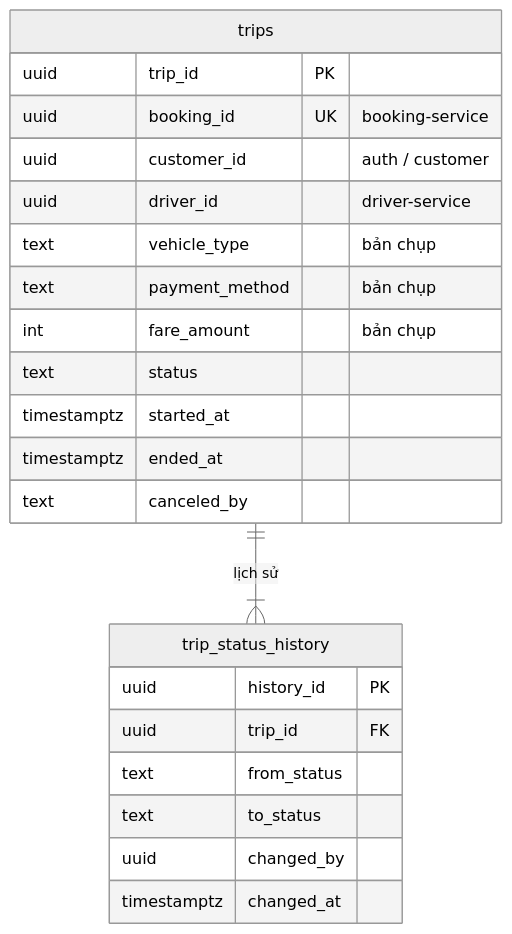
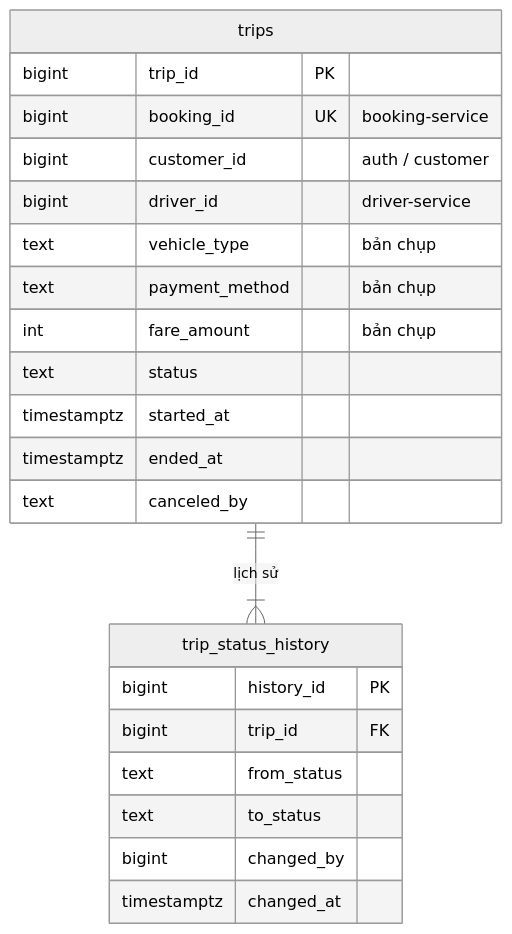
The fifth of 8 diagrams in docs/design/03-du-lieu.md (nghuuduc21/23699411_NguyenHuuDuc_CabSystem), drawn with Mermaid (neutral theme) before and after one commit. The commit also changed other lines of this file and 21 other files, not shown here.

````diff
--- a/docs/design/03-du-lieu.md
+++ b/docs/design/03-du-lieu.md
@@ -410,25 +429,25 @@
 ```mermaid
 erDiagram
   trips ||--|{ trip_status_history : "lịch sử"
   trips {
-    uuid trip_id PK
-    uuid booking_id UK "booking-service"
-    uuid customer_id "auth / customer"
-    uuid driver_id "driver-service"
+    bigint trip_id PK
+    bigint booking_id UK "booking-service"
+    bigint customer_id "auth / customer"
+    bigint driver_id "driver-service"
     text vehicle_type "bản chụp"
     text payment_method "bản chụp"
     int fare_amount "bản chụp"
     text status
     timestamptz started_at
     timestamptz ended_at
     text canceled_by
   }
   trip_status_history {
-    uuid history_id PK
-    uuid trip_id FK
+    bigint history_id PK
+    bigint trip_id FK
     text from_status
     text to_status
-    uuid changed_by
+    bigint changed_by
     timestamptz changed_at
   }
 ```
````
